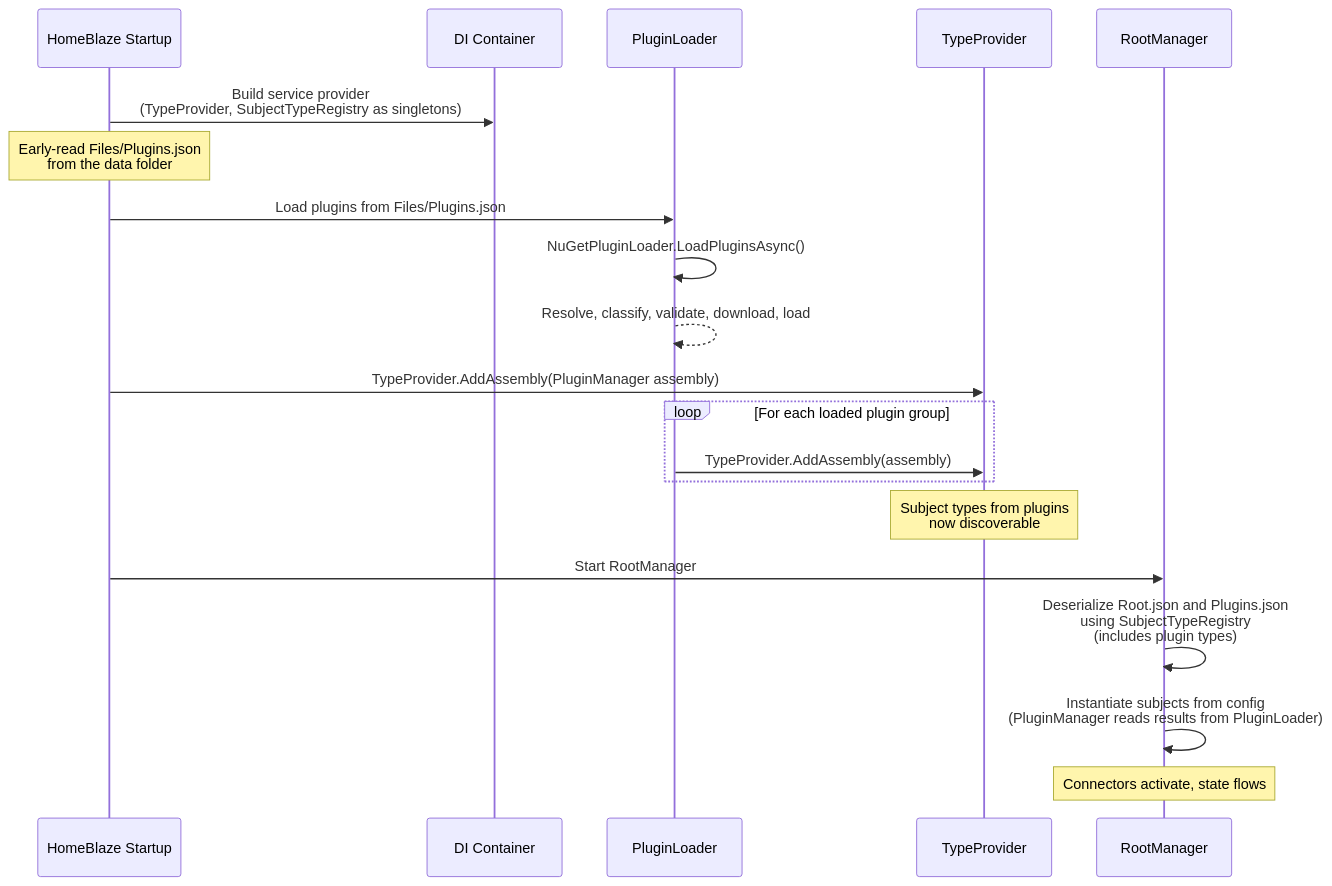
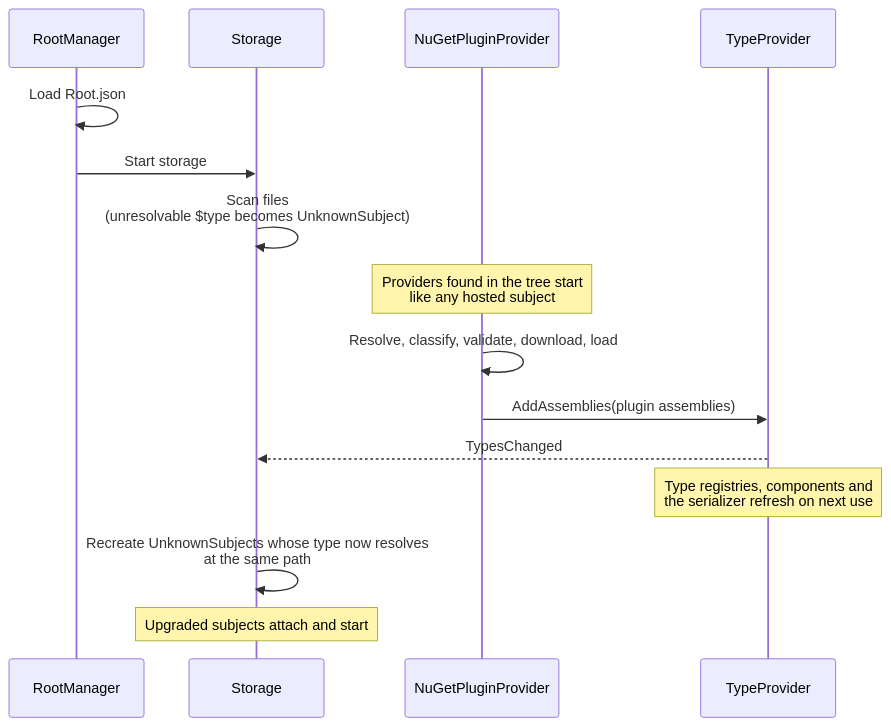
The second of 2 diagrams in src/HomeBlaze/HomeBlaze/Data/Files/Docs/architecture/design/plugins.md (RicoSuter/Namotion.Interceptor), drawn with Mermaid before and after one commit. The commit also changed other lines of this file and 6 other files, not shown here.

Commit message:
docs: describe HomeBlaze plugin providers in the subject tree

````diff
--- a/src/HomeBlaze/HomeBlaze/Data/Files/Docs/architecture/design/plugins.md
+++ b/src/HomeBlaze/HomeBlaze/Data/Files/Docs/architecture/design/plugins.md
@@ -126,23 +146,18 @@
 ```mermaid
 sequenceDiagram
-    participant App as HomeBlaze Startup
-    participant DI as DI Container
-    participant PLS as PluginLoader
+    participant RM as RootManager
+    participant ST as Storage
+    participant PP as NuGetPluginProvider
     participant TP as TypeProvider
-    participant RM as RootManager
 
-    App->>DI: Build service provider<br/>(TypeProvider, SubjectTypeRegistry as singletons)
-    Note over App: Early-read Files/Plugins.json<br/>from the data folder
-    App->>PLS: Load plugins from Files/Plugins.json
-    PLS->>PLS: NuGetPluginLoader.LoadPluginsAsync()
-    PLS-->>PLS: Resolve, classify, validate, download, load
-    App->>TP: TypeProvider.AddAssembly(PluginManager assembly)
-    loop For each loaded plugin group
-        PLS->>TP: TypeProvider.AddAssembly(assembly)
-    end
-    Note over TP: Subject types from plugins<br/>now discoverable
-    App->>RM: Start RootManager
-    RM->>RM: Deserialize Root.json and Plugins.json<br/>using SubjectTypeRegistry<br/>(includes plugin types)
-    RM->>RM: Instantiate subjects from config<br/>(PluginManager reads results from PluginLoader)
-    Note over RM: Connectors activate, state flows
+    RM->>RM: Load Root.json
+    RM->>ST: Start storage
+    ST->>ST: Scan files<br/>(unresolvable $type becomes UnknownSubject)
+    Note over PP: Providers found in the tree start<br/>like any hosted subject
+    PP->>PP: Resolve, classify, validate, download, load
+    PP->>TP: AddAssemblies(plugin assemblies)
+    TP-->>ST: TypesChanged
+    Note over TP: Type registries, components and<br/>the serializer refresh on next use
+    ST->>ST: Recreate UnknownSubjects whose type now resolves<br/>at the same path
+    Note over ST: Upgraded subjects attach and start
 ```
````
